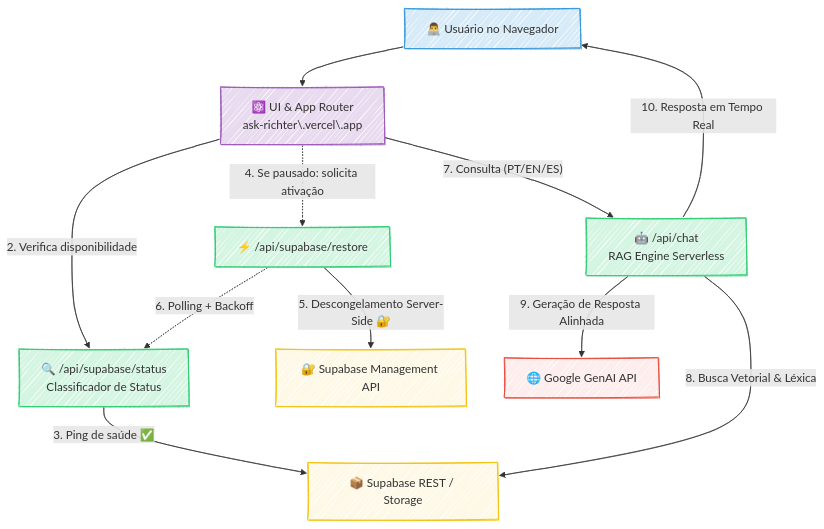
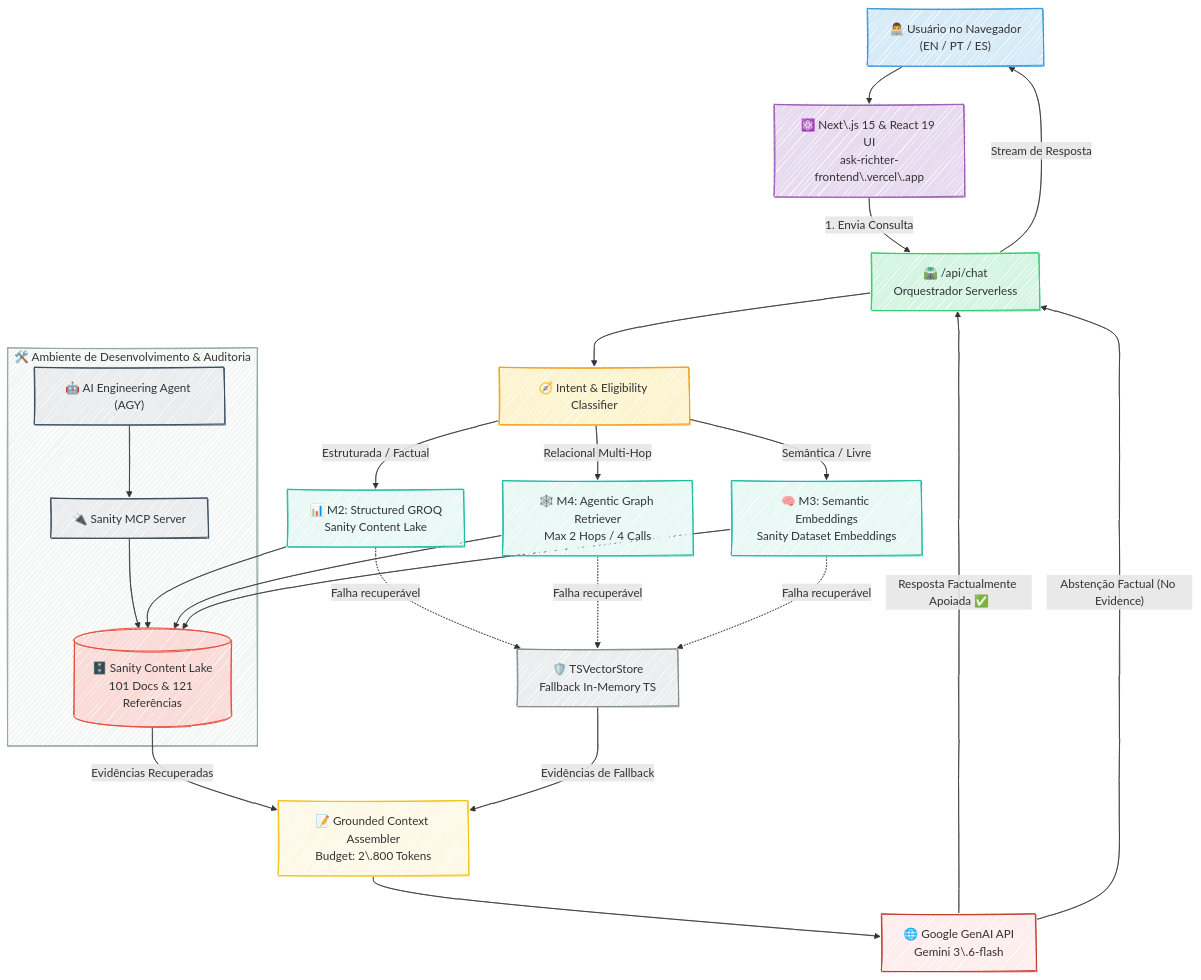
One commit to lfrichter/ask-richter changed diagram 18 of 27 in apps/backend/src/knowledge-base/Projects-Consolidated.md. Above: the diagram before and after it, drawn with Mermaid. The commit also changed other lines of this file and 1 other file, not shown here.

````diff
--- a/apps/backend/src/knowledge-base/Projects-Consolidated.md
+++ b/apps/backend/src/knowledge-base/Projects-Consolidated.md
@@ -1863,33 +1867,55 @@
 ```mermaid
 ---
 config:
   theme: default
   look: handDrawn
 ---
 %%{init: {'sequence': {'messageFontMaxSize': 14, 'wrap': true, 'diagramWidth': 600}}}%%
 flowchart TD
-    User["👨‍💻 Usuário no Navegador"] --> Frontend["⚛️ UI & App Router<br>ask-richter\.vercel\.app"]
-    
-    Frontend -- "2. Verifica disponibilidade" --> StatusApi["🔍 /api/supabase/status<br>Classificador de Status"]
-    StatusApi -- "3. Ping de saúde ✅" --> SupabaseREST["📦 Supabase REST / Storage"]
-    
-    Frontend -. "4. Se pausado: solicita ativação" .-> RestoreApi["⚡ /api/supabase/restore"]
-    RestoreApi -- "5. Descongelamento Server-Side 🔐" --> SupabaseMgmt["🔐 Supabase Management API"]
-    RestoreApi -. "6. Polling + Backoff" .-> StatusApi
-    
-    Frontend -- "7. Consulta (PT/EN/ES)" --> ChatApi["🤖 /api/chat<br>RAG Engine Serverless"]
-    ChatApi -- "8. Busca Vetorial & Léxica" --> SupabaseREST
-    ChatApi -- "9. Geração de Resposta Alinhada" --> GeminiAPI["🌐 Google GenAI API"]
-    ChatApi -- "10. Resposta em Tempo Real" --> User
+    User["👨‍💻 Usuário no Navegador<br>(EN / PT / ES)"] --> Frontend["⚛️ Next\.js 15 & React 19 UI<br>ask-richter-frontend\.vercel\.app"]
 
-    %% Estilos de nós para melhor visualização
+    Frontend -- "1. Envia Consulta" --> ChatRoute["🛣️ /api/chat<br>Orquestrador Serverless"]
+
+    ChatRoute --> Classifier["🧭 Intent & Eligibility Classifier"]
+
+    Classifier -- "Estruturada / Factual" --> M2["📊 M2: Structured GROQ<br>Sanity Content Lake"]
+    Classifier -- "Relacional Multi-Hop" --> M4["🕸️ M4: Agentic Graph Retriever<br>Max 2 Hops / 4 Calls"]
+    Classifier -- "Semântica / Livre" --> M3["🧠 M3: Semantic Embeddings<br>Sanity Dataset Embeddings"]
+
+    M2 --> SanityDB[("🗄️ Sanity Content Lake<br>101 Docs & 121 Referências")]
+    M4 --> SanityDB
+    M3 --> SanityDB
+
+    M2 -. "Falha recuperável" .-> Fallback["🛡️ TSVectorStore<br>Fallback In-Memory TS"]
+    M4 -. "Falha recuperável" .-> Fallback
+    M3 -. "Falha recuperável" .-> Fallback
+
+    SanityDB -- "Evidências Recuperadas" --> ContextAssembler["📝 Grounded Context Assembler<br>Budget: 2\.800 Tokens"]
+    Fallback -- "Evidências de Fallback" --> ContextAssembler
+
+    ContextAssembler --> Gemini["🌐 Google GenAI API<br>Gemini 3\.6-flash"]
+
+    Gemini -- "Resposta Factualmente Apoiada ✅" --> ChatRoute
+    Gemini -- "Abstenção Factual (No Evidence)" --> ChatRoute
+    ChatRoute -- "Stream de Resposta" --> User
+
+    subgraph DevTime ["🛠️ Ambiente de Desenvolvimento & Auditoria"]
+        Agent["🤖 AI Engineering Agent (AGY)"] --> MCP["🔌 Sanity MCP Server"]
+        MCP --> SanityDB
+    end
+
     style User fill:#D6EAF8,stroke:#3498DB
     style Frontend fill:#E8DAEF,stroke:#9B59B6
-    style StatusApi fill:#D5F5E3,stroke:#2ECC71
-    style RestoreApi fill:#D5F5E3,stroke:#2ECC71
-    style ChatApi fill:#D5F5E3,stroke:#2ECC71
-    style SupabaseREST fill:#FEF9E7,stroke:#F1C40F
-    style SupabaseMgmt fill:#FEF9E7,stroke:#F1C40F
-    style GeminiAPI fill:#FDEDEC,stroke:#E74C3C
-
+    style ChatRoute fill:#D5F5E3,stroke:#2ECC71
+    style Classifier fill:#FCF3CF,stroke:#F39C12
+    style M2 fill:#E8F8F5,stroke:#1ABC9C
+    style M4 fill:#E8F8F5,stroke:#1ABC9C
+    style M3 fill:#E8F8F5,stroke:#1ABC9C
+    style SanityDB fill:#FADBD8,stroke:#E74C3C
+    style Fallback fill:#EBEDEF,stroke:#7F8C8D
+    style ContextAssembler fill:#FEF9E7,stroke:#F1C40F
+    style Gemini fill:#FDEDEC,stroke:#C0392B
+    style DevTime fill:#F4F6F6,stroke:#95A5A6
+    style Agent fill:#EAECEE,stroke:#34495E
+    style MCP fill:#EAECEE,stroke:#34495E
 ```
````
